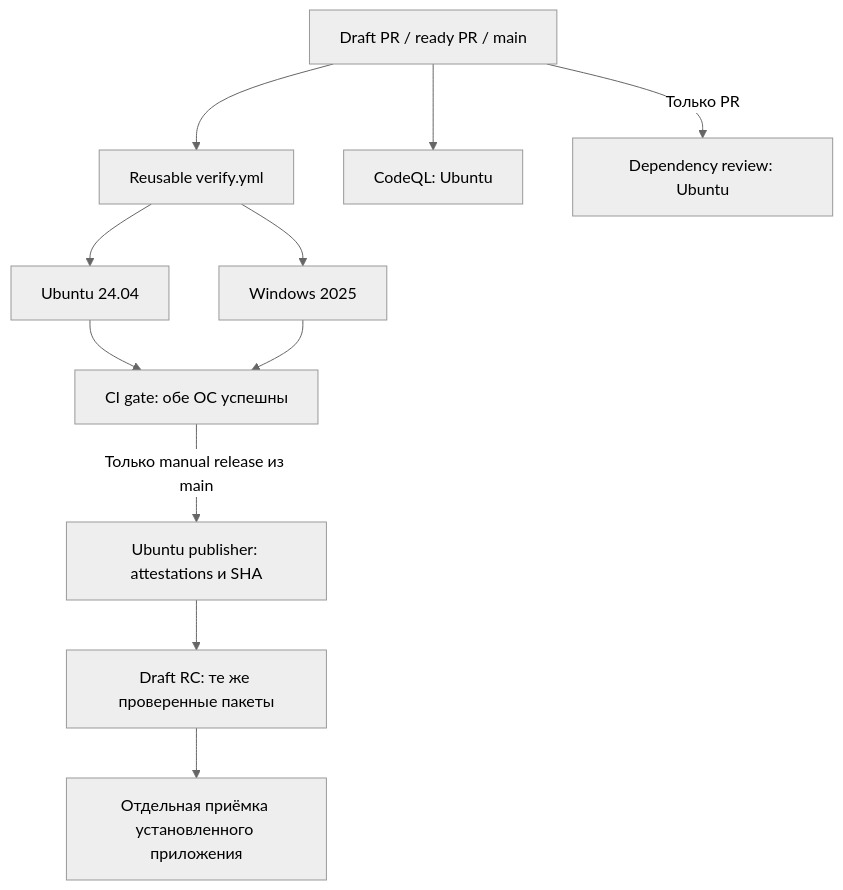
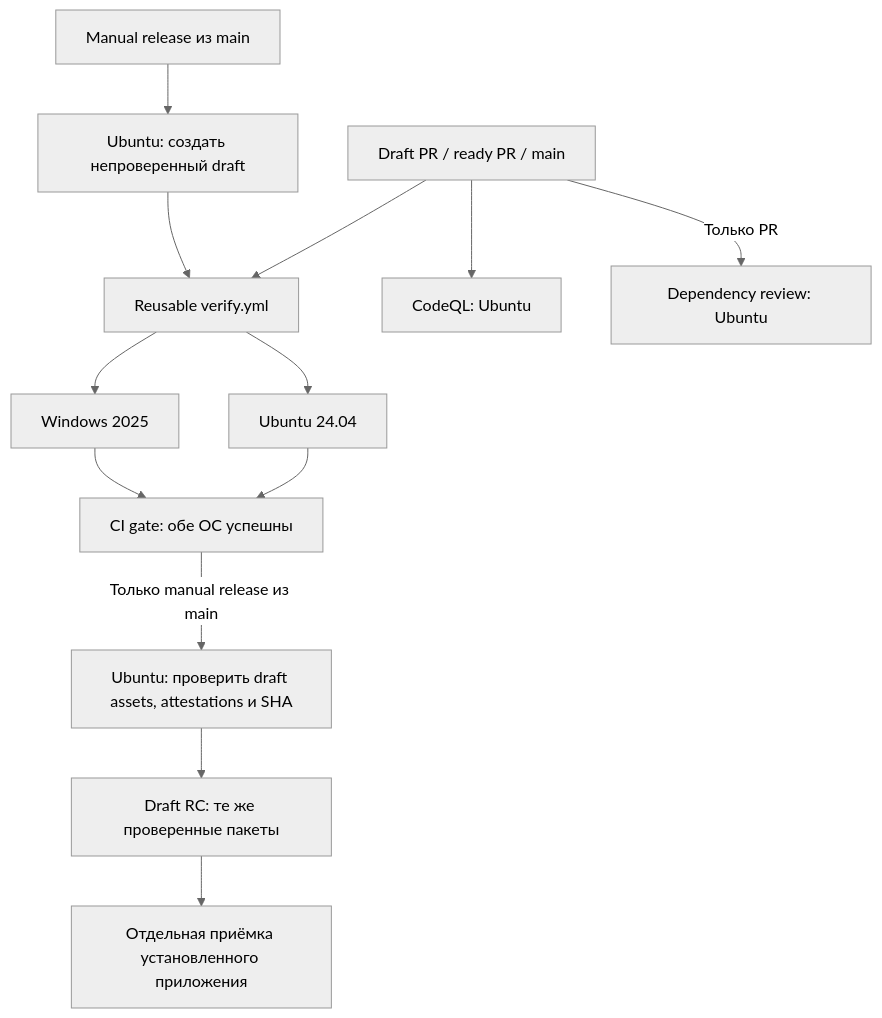
One commit to smart-tinker/rele changed the diagram in docs/CI.md. Above: the diagram before and after it, drawn with Mermaid (neutral theme). The commit also changed other lines of this file and 9 other files, not shown here.

Commit message:
ci: upload verified release packages directly to an immutable draft

````diff
--- a/docs/CI.md
+++ b/docs/CI.md
@@ -11,13 +11,15 @@
 ```mermaid
 flowchart TD
   PR[Draft PR / ready PR / main] --> V[Reusable verify.yml]
   V --> L[Ubuntu 24.04]
   V --> W[Windows 2025]
+  M[Manual release из main] --> P0[Ubuntu: создать непроверенный draft]
+  P0 --> V
   PR --> Q[CodeQL: Ubuntu]
   PR -->|Только PR| R[Dependency review: Ubuntu]
   L --> G[CI gate: обе ОС успешны]
   W --> G
-  G -->|Только manual release из main| P[Ubuntu publisher: attestations и SHA]
+  G -->|Только manual release из main| P[Ubuntu: проверить draft assets, attestations и SHA]
   P --> D[Draft RC: те же проверенные пакеты]
   D --> A[Отдельная приёмка установленного приложения]
 ```
````
